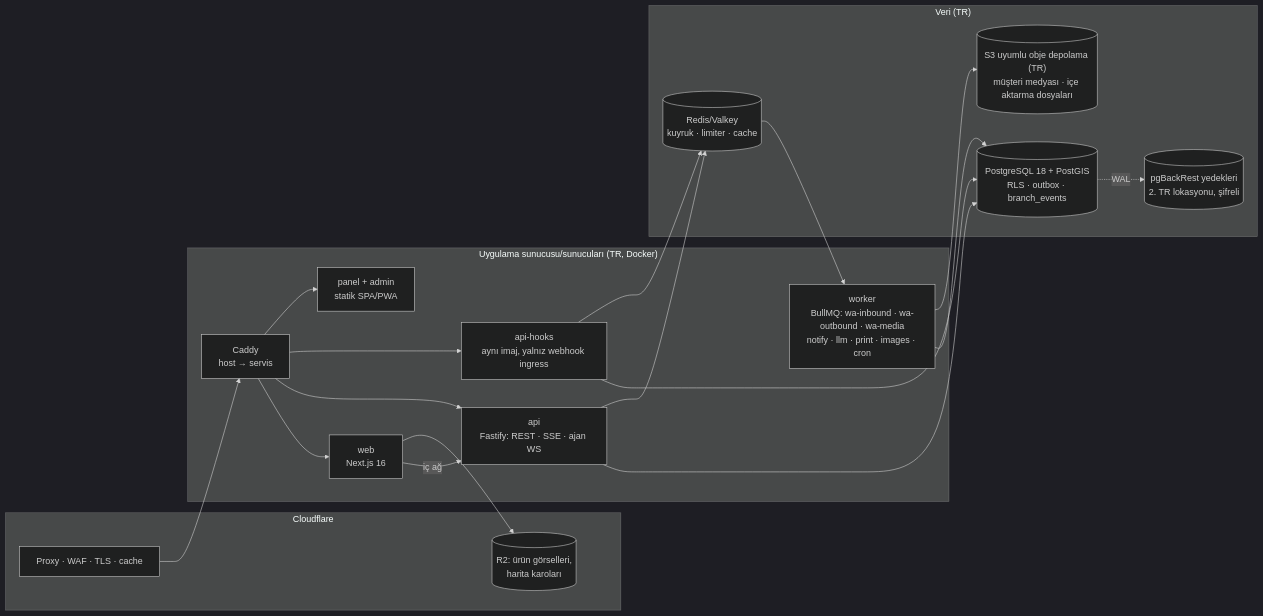
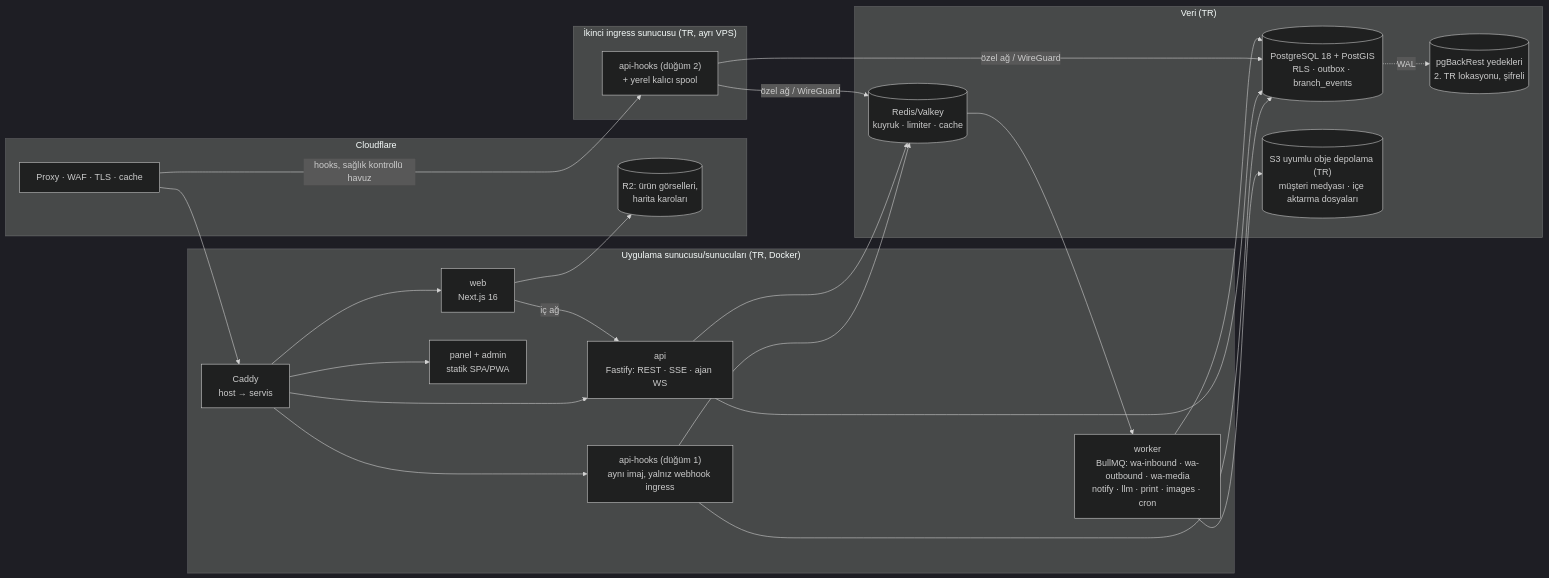
Before and after one commit to eraycaylak/siparisinonunde: the second of 4 diagrams in docs/06-teknik-mimari.md, drawn with Mermaid (dark theme). The commit also changed other lines of this file and 10 other files, not shown here.

````diff
--- a/docs/06-teknik-mimari.md
+++ b/docs/06-teknik-mimari.md
@@ -106,29 +106,34 @@
 ```mermaid
 flowchart LR
   subgraph EDGE["Cloudflare"]
     CFP["Proxy · WAF · TLS · cache"]
     R2[("R2: ürün görselleri,<br/>harita karoları")]
   end
   subgraph HOST["Uygulama sunucusu/sunucuları (TR, Docker)"]
     CAD["Caddy<br/>host → servis"]
     WEB["web<br/>Next.js 16"]
     API["api<br/>Fastify: REST · SSE · ajan WS"]
-    HK["api-hooks<br/>aynı imaj, yalnız webhook ingress"]
+    HK["api-hooks (düğüm 1)<br/>aynı imaj, yalnız webhook ingress"]
     WRK["worker<br/>BullMQ: wa-inbound · wa-outbound · wa-media<br/>notify · llm · print · images · cron"]
     SPA["panel + admin<br/>statik SPA/PWA"]
+  end
+  subgraph HOST2["İkinci ingress sunucusu (TR, ayrı VPS)"]
+    HK2["api-hooks (düğüm 2)<br/>+ yerel kalıcı spool"]
   end
   subgraph DATA["Veri (TR)"]
     PG[("PostgreSQL 18 + PostGIS<br/>RLS · outbox · branch_events")]
     RD[("Redis/Valkey<br/>kuyruk · limiter · cache")]
     OBJ[("S3 uyumlu obje depolama (TR)<br/>müşteri medyası · içe aktarma dosyaları")]
     BK[("pgBackRest yedekleri<br/>2. TR lokasyonu, şifreli")]
   end
   CFP --> CAD
+  CFP -->|hooks, sağlık kontrollü havuz| HK2
   CAD --> WEB & API & HK & SPA
   WEB -->|iç ağ| API
   HK & API --> PG & RD
+  HK2 -->|özel ağ / WireGuard| PG & RD
   RD --> WRK
   WRK --> PG & OBJ
   PG -. WAL .-> BK
   WEB --> R2
 ```
````
